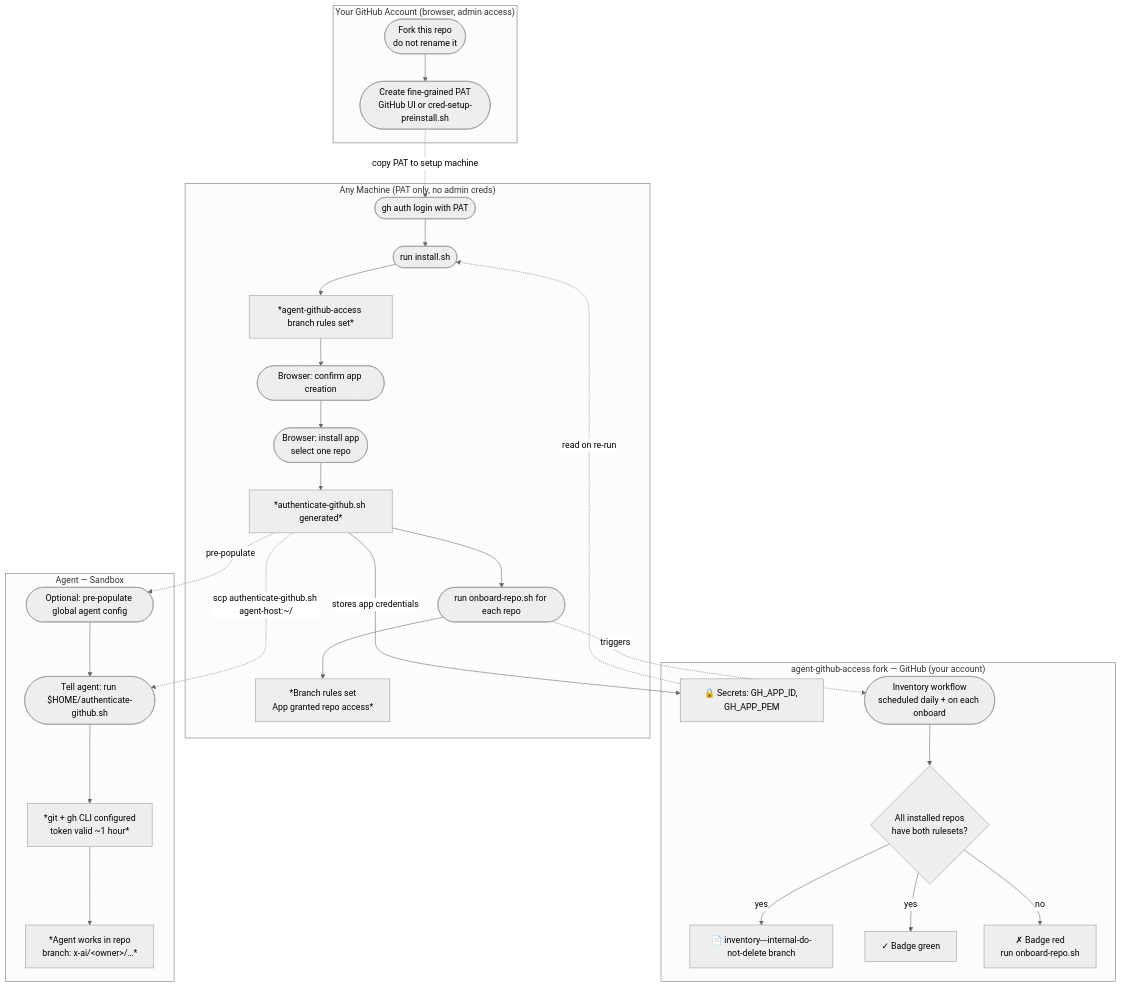
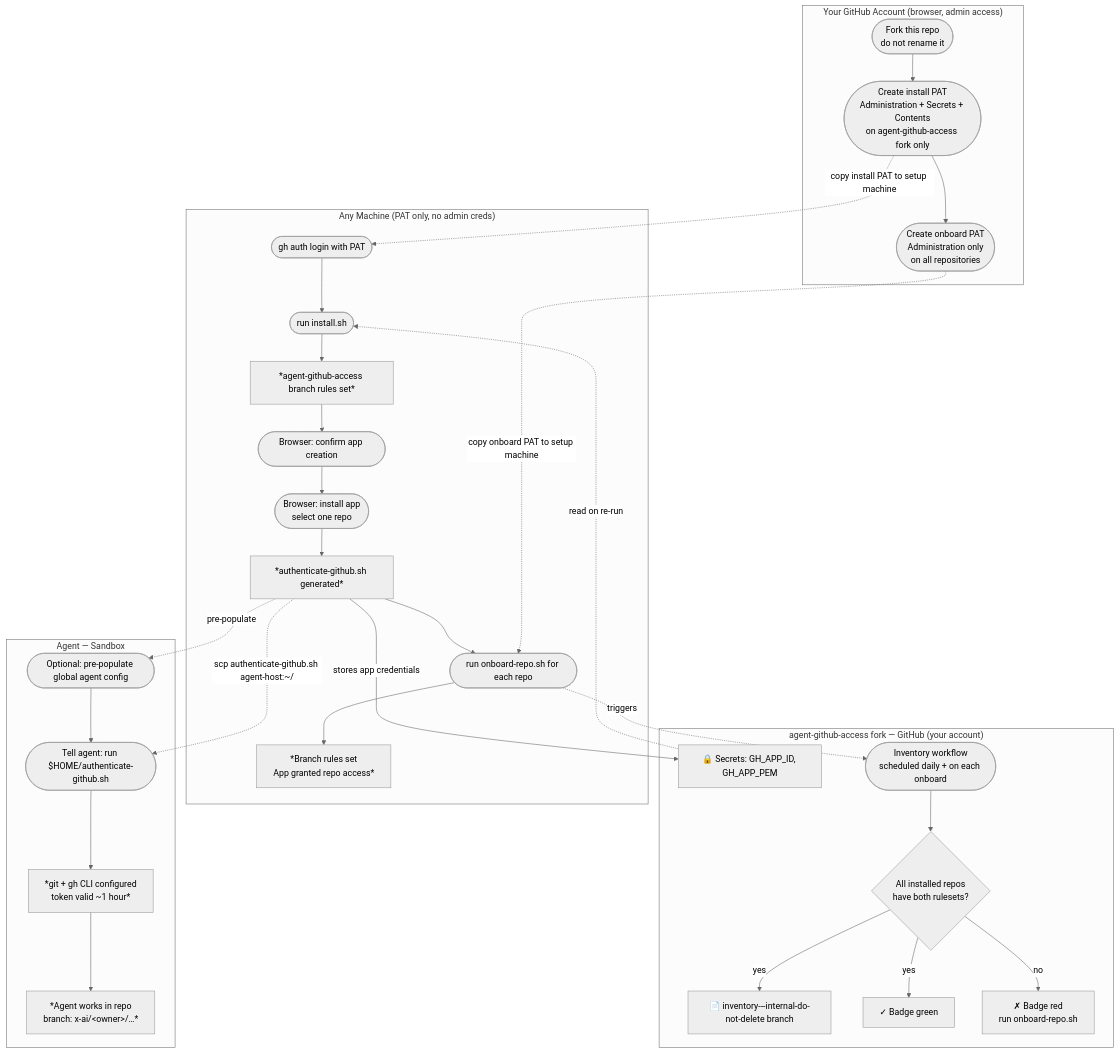
The diagram in README.md (ardentperf/stewart-copeland-ai-police), drawn with Mermaid (neutral theme) before and after one commit. The commit also changed other lines of this file and 7 other files, not shown here.

First line of the commit message:
feat: two-PAT split, inventory branch init by install.sh, generate uninstall-rulesets.sh (#1833)

````diff
--- a/README.md
+++ b/README.md
@@ -21,50 +21,55 @@
 ```mermaid
 flowchart TD
     subgraph admin["Your GitHub Account (browser, admin access)"]
         F(["Fork this repo
-do not rename it"]) --> P
-        P(["Create fine-grained PAT
-GitHub UI or cred-setup-preinstall.sh"])
+do not rename it"]) --> P1
+        P1(["Create install PAT
+Administration + Secrets + Contents
+on agent-github-access fork only"]) --> P2
+        P2(["Create onboard PAT
+Administration only
+on all repositories"])
     end
 
     subgraph fork["agent-github-access fork — GitHub (your account)"]
         SEC["🔒 Secrets: GH_APP_ID, GH_APP_PEM"]
         INV["📄 inventory---internal-do-not-delete branch"]
         AU(["Inventory workflow
 scheduled daily + on each onboard"])
         AU --> AUC{"All installed repos
 have both rulesets?"}
         AUC -->|"yes"| AUP["✓ Badge green"]
         AUC -->|"no"| AUF["✗ Badge red
 run onboard-repo.sh"]
         AUC -->|"yes"| INV
     end
 
     subgraph setup["Any Machine (PAT only, no admin creds)"]
         A(["gh auth login with PAT"]) --> B(["run install.sh"])
         B --> BF["*agent-github-access branch rules set*"]
         BF --> C(["Browser: confirm app creation"])
         C --> D(["Browser: install app
 select one repo"])
         D --> E["*authenticate-github.sh generated*"]
         E --> R(["run onboard-repo.sh for each repo"])
         R --> H["*Branch rules set
 App granted repo access*"]
     end
 
     subgraph agent["Agent — Sandbox"]
         G(["Optional: pre-populate global agent config"])
         G --> I(["Tell agent: run $HOME/authenticate-github.sh"])
         I --> J["*git + gh CLI configured
 token valid ~1 hour*"]
         J --> K["*Agent works in repo
 branch: x-ai/&lt;owner&gt;/…*"]
     end
 
-    P -.->|"copy PAT to setup machine"| A
+    P1 -.->|"copy install PAT to setup machine"| A
+    P2 -.->|"copy onboard PAT to setup machine"| R
     E -->|"stores app credentials"| SEC
     SEC -.->|"read on re-run"| B
     E -.->|"scp authenticate-github.sh agent-host:~/"| I
     E -.->|"pre-populate"| G
     R -.->|"triggers"| AU
 ```
````
